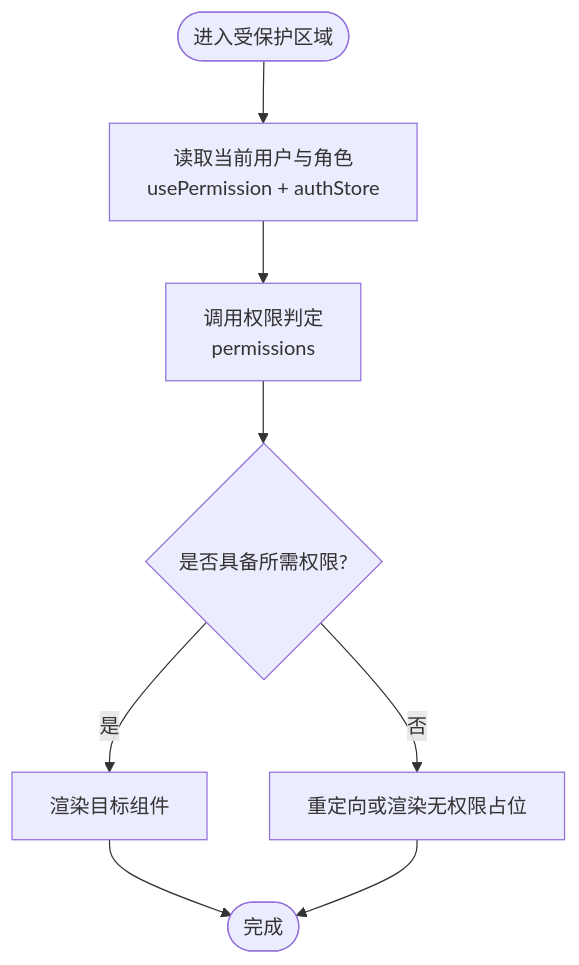
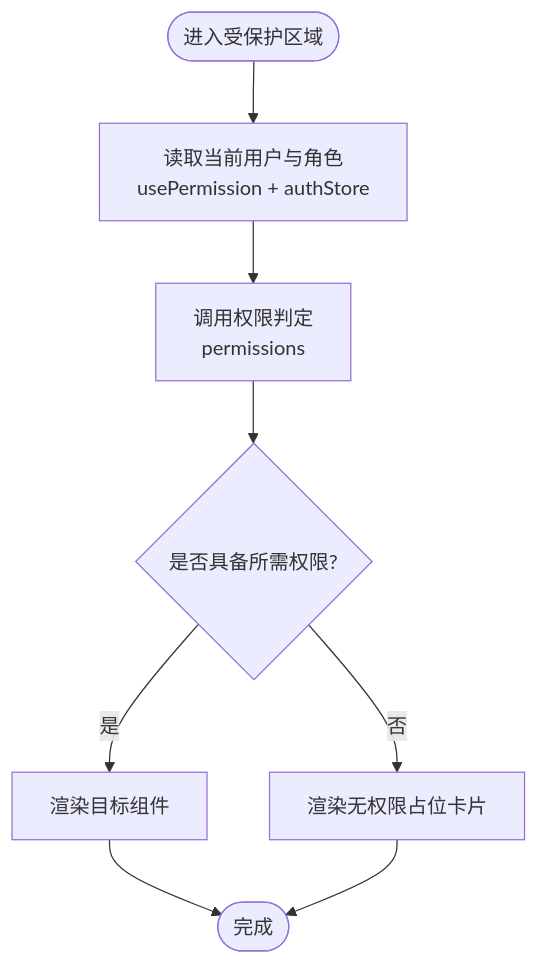
The third of 4 diagrams in .qoder/repowiki/zh/content/架构设计/组件架构/布局组件.md (Damao997/newproject), drawn with Mermaid before and after one commit. The commit also changed other lines of this file and 10 other files, not shown here.

````diff
--- a/.qoder/repowiki/zh/content/架构设计/组件架构/布局组件.md
+++ b/.qoder/repowiki/zh/content/架构设计/组件架构/布局组件.md
@@ -261,10 +279,10 @@
 ```mermaid
 flowchart TD
 Start(["进入受保护区域"]) --> ReadUser["读取当前用户与角色<br/>usePermission + authStore"]
 ReadUser --> CheckPerm["调用权限判定<br/>permissions"]
 CheckPerm --> HasPerm{"是否具备所需权限?"}
 HasPerm --> |是| Render["渲染目标组件"]
-HasPerm --> |否| Fallback["重定向或渲染无权限占位"]
+HasPerm --> |否| Fallback["渲染无权限占位卡片"]
 Render --> End(["完成"])
 Fallback --> End
 ```
````
